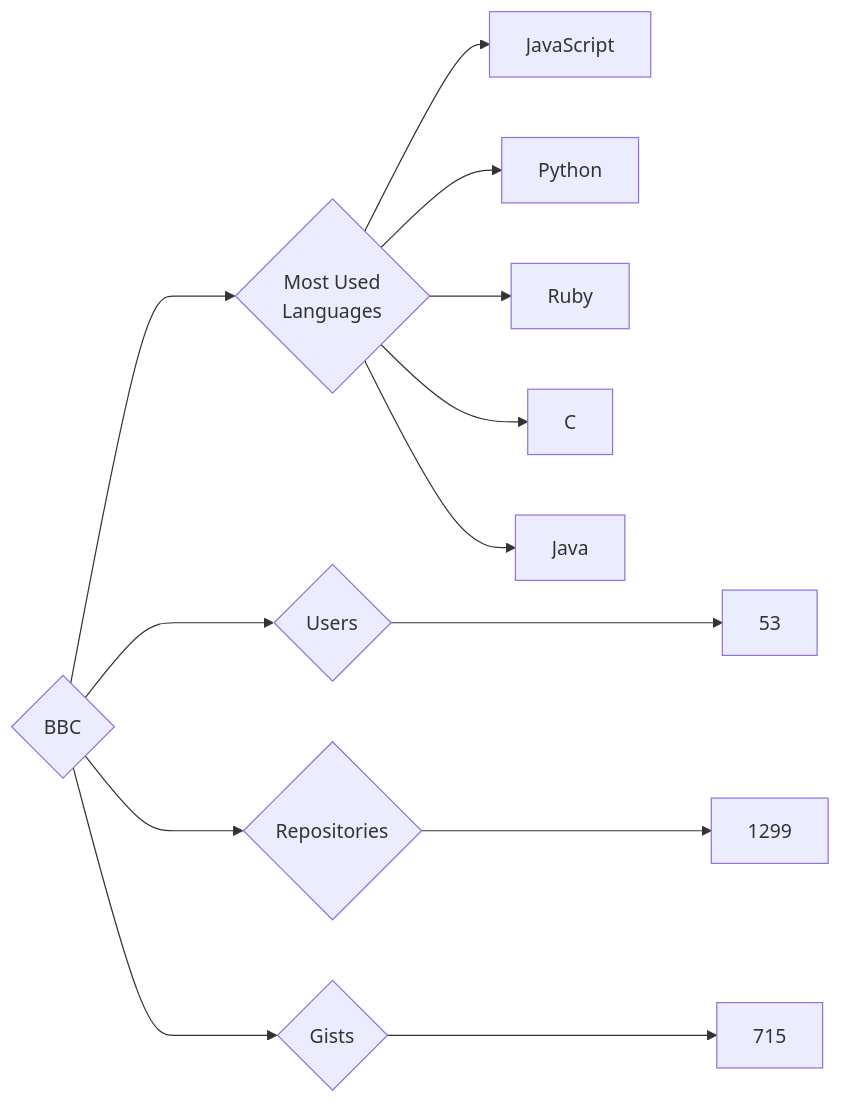
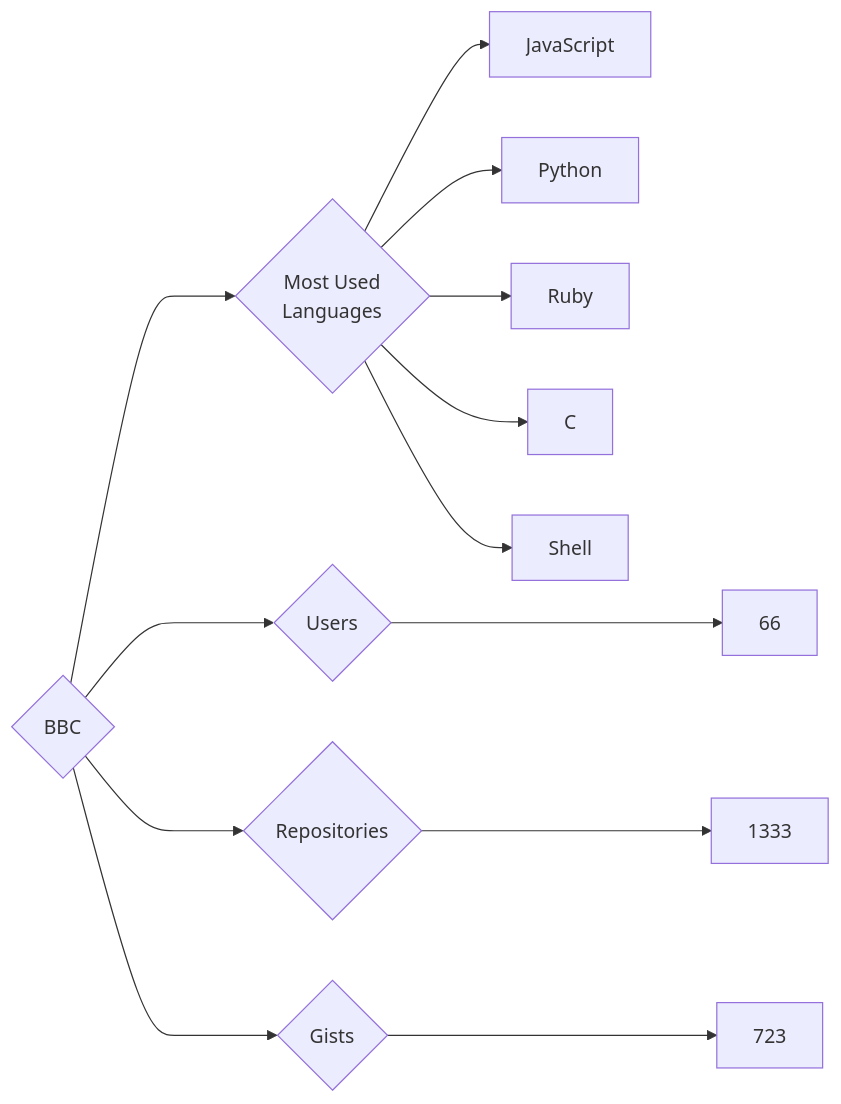
The diagram in targets/BBC/README.md (trickest/insiders), drawn with Mermaid before and after one commit. The commit also changed 782 other files, not shown here.

````diff
--- a/targets/BBC/README.md
+++ b/targets/BBC/README.md
@@ -3,13 +3,13 @@
 ```mermaid
 graph LR
 COMPANY_NAME{BBC}
-COMPANY_NAME ---> U{Users} ---> UN[53]
-COMPANY_NAME ---> R{Repositories} ---> RN[1299]
-COMPANY_NAME ---> G{Gists} ---> GN[715]
+COMPANY_NAME ---> U{Users} ---> UN[66]
+COMPANY_NAME ---> R{Repositories} ---> RN[1333]
+COMPANY_NAME ---> G{Gists} ---> GN[723]
 COMPANY_NAME ---> ML{Most Used<br>Languages}
 ML --> JavaScript[JavaScript]
 ML --> Python[Python]
 ML --> Ruby[Ruby]
 ML --> C[C]
-ML --> Java[Java]
+ML --> Shell[Shell]
 ```
````
